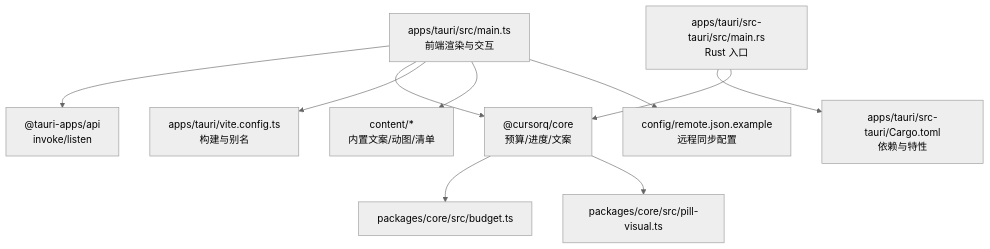
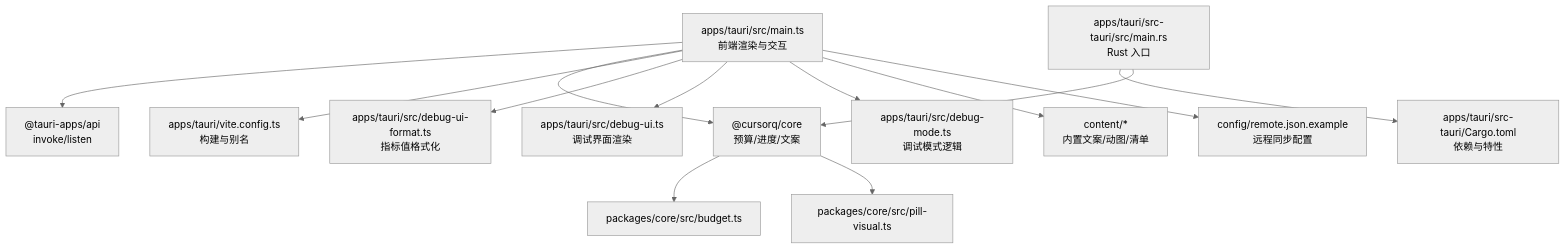
The second of 9 diagrams in .qoder/repowiki/zh/content/开发指南/开发指南.md (Sev73n/cursorq), drawn with Mermaid (neutral theme) before and after one commit. The commit also changed other lines of this file and 10 other files, not shown here.

````diff
--- a/.qoder/repowiki/zh/content/开发指南/开发指南.md
+++ b/.qoder/repowiki/zh/content/开发指南/开发指南.md
@@ -102,12 +119,15 @@
 ```mermaid
 graph TB
 FE["apps/tauri/src/main.ts<br/>前端渲染与交互"] --> TauriAPI["@tauri-apps/api<br/>invoke/listen"]
 FE --> CoreLib["@cursorq/core<br/>预算/进度/文案"]
 FE --> ViteCfg["apps/tauri/vite.config.ts<br/>构建与别名"]
+FE --> DebugUIFormat["apps/tauri/src/debug-ui-format.ts<br/>指标值格式化"]
+FE --> DebugUI["apps/tauri/src/debug-ui.ts<br/>调试界面渲染"]
+FE --> DebugMode["apps/tauri/src/debug-mode.ts<br/>调试模式逻辑"]
 BE["apps/tauri/src-tauri/src/main.rs<br/>Rust 入口"] --> Cargo["apps/tauri/src-tauri/Cargo.toml<br/>依赖与特性"]
 BE --> CoreLib
 CoreLib --> Budget["packages/core/src/budget.ts"]
 CoreLib --> PillVisual["packages/core/src/pill-visual.ts"]
 FE --> Content["content/*<br/>内置文案/动图/清单"]
 FE --> Config["config/remote.json.example<br/>远程同步配置"]
 ```
````
